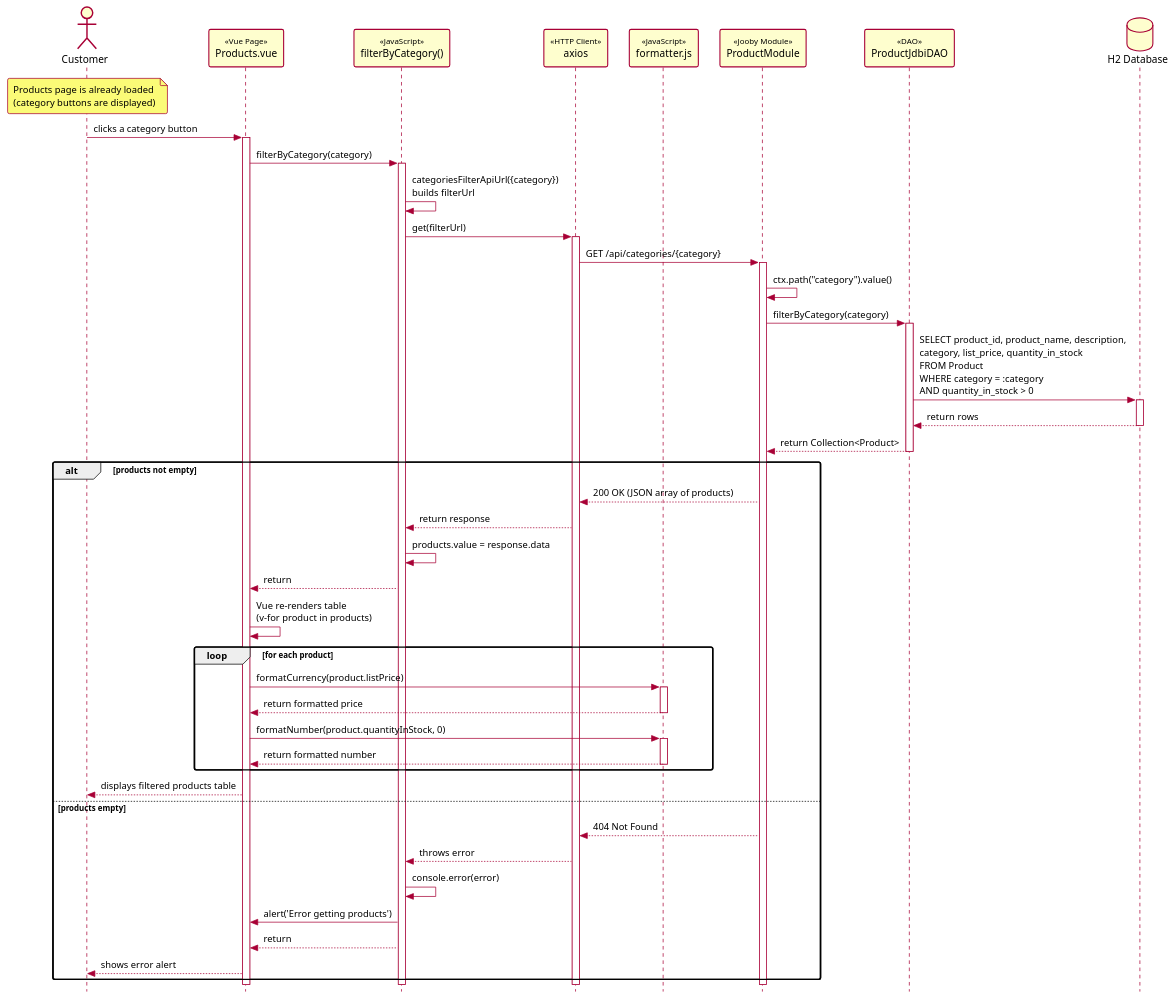
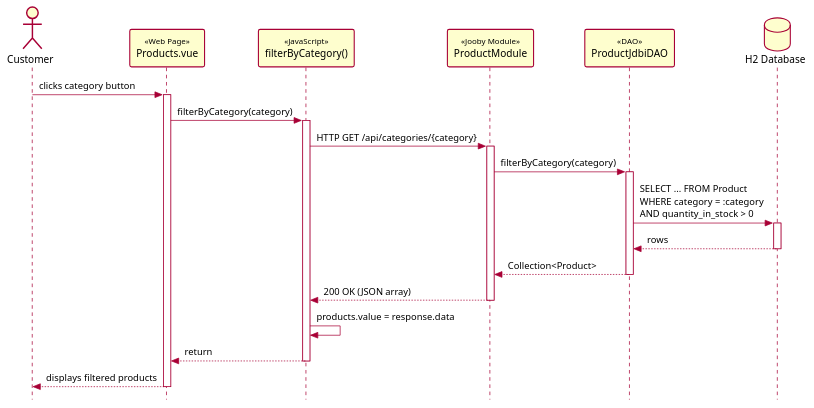
Before and after one commit to Hebe2/WidgetShopFullStack: the diagram in src/assets/uml.puml, drawn with PlantUML. The commit also changed other lines of this file and 2 other files, not shown here.

Commit message:
uml diagram

```diff
--- a/src/assets/uml.puml
+++ b/src/assets/uml.puml
@@ -1,81 +1,40 @@
 @startuml
 
 ' === Style Tweaks ===
 skin rose
 
 skinparam {
   Style StrictUML
   RoundCorner 5
   ParticipantPadding 10
   Padding 2
   SequenceStereotype {
     Font {
       Size 11
       Style plain
     }
   }
   Database {
 	BorderColor #A80036
   }
 }
 
-' === Actors / Participants ===
 actor "Customer" as user
-participant "Products.vue" as productPage << Vue Page >>
-participant "filterByCategory()" as filterFn << JavaScript >>
-participant "axios" as axios << HTTP Client >>
-participant "formatter.js" as fmt << JavaScript >>
+participant "Products.vue" as page << Web Page >>
+participant "filterByCategory()" as fn << JavaScript >>
 participant "ProductModule" as module << Jooby Module >>
 participant "ProductJdbiDAO" as dao << DAO >>
 database "H2 Database" as db
 
-' === Interactions ===
-note over user : Products page is already loaded\n(category buttons are displayed)
-
-user -> productPage++ : clicks a category button
-productPage -> filterFn++ : filterByCategory(category)
-
-filterFn -> filterFn : categoriesFilterApiUrl({category})\nbuilds filterUrl
-
-filterFn -> axios++ : get(filterUrl)
-axios -> module++ : GET /api/categories/{category}
-
-module -> module : ctx.path("category").value()
-
+user -> page++ : clicks category button
+page -> fn++ : filterByCategory(category)
+fn -> module++ : HTTP GET /api/categories/{category}
 module -> dao++ : filterByCategory(category)
-dao -> db++ : SELECT product_id, product_name, description,\ncategory, list_price, quantity_in_stock\nFROM Product\nWHERE category = :category\nAND quantity_in_stock > 0
-db --> dao-- : return rows
-dao --> module-- : return Collection<Product>
-
-alt products not empty
-  module --> axios : 200 OK (JSON array of products)
-  axios --> filterFn : return response
-
-  filterFn -> filterFn : products.value = response.data
-  filterFn --> productPage : return
-
-  productPage -> productPage : Vue re-renders table\n(v-for product in products)
-
-  loop for each product
-    productPage -> fmt++ : formatCurrency(product.listPrice)
-    fmt --> productPage-- : return formatted price
-    productPage -> fmt++ : formatNumber(product.quantityInStock, 0)
-    fmt --> productPage-- : return formatted number
-  end
-
-  productPage --> user : displays filtered products table
-else products empty
-  module --> axios : 404 Not Found
-  axios --> filterFn : throws error
-  filterFn -> filterFn : console.error(error)
-  filterFn -> productPage : alert('Error getting products')
-  filterFn --> productPage : return
-  productPage --> user : shows error alert
-end
-
-deactivate module
-deactivate axios
-deactivate filterFn
-deactivate productPage
-
+dao -> db++ : SELECT ... FROM Product\nWHERE category = :category\nAND quantity_in_stock > 0
+db --> dao-- : rows
+dao --> module-- : Collection<Product>
+module --> fn-- : 200 OK (JSON array)
+fn -> fn : products.value = response.data
+fn --> page-- : return
+page --> user-- : displays filtered products
 @enduml
```
